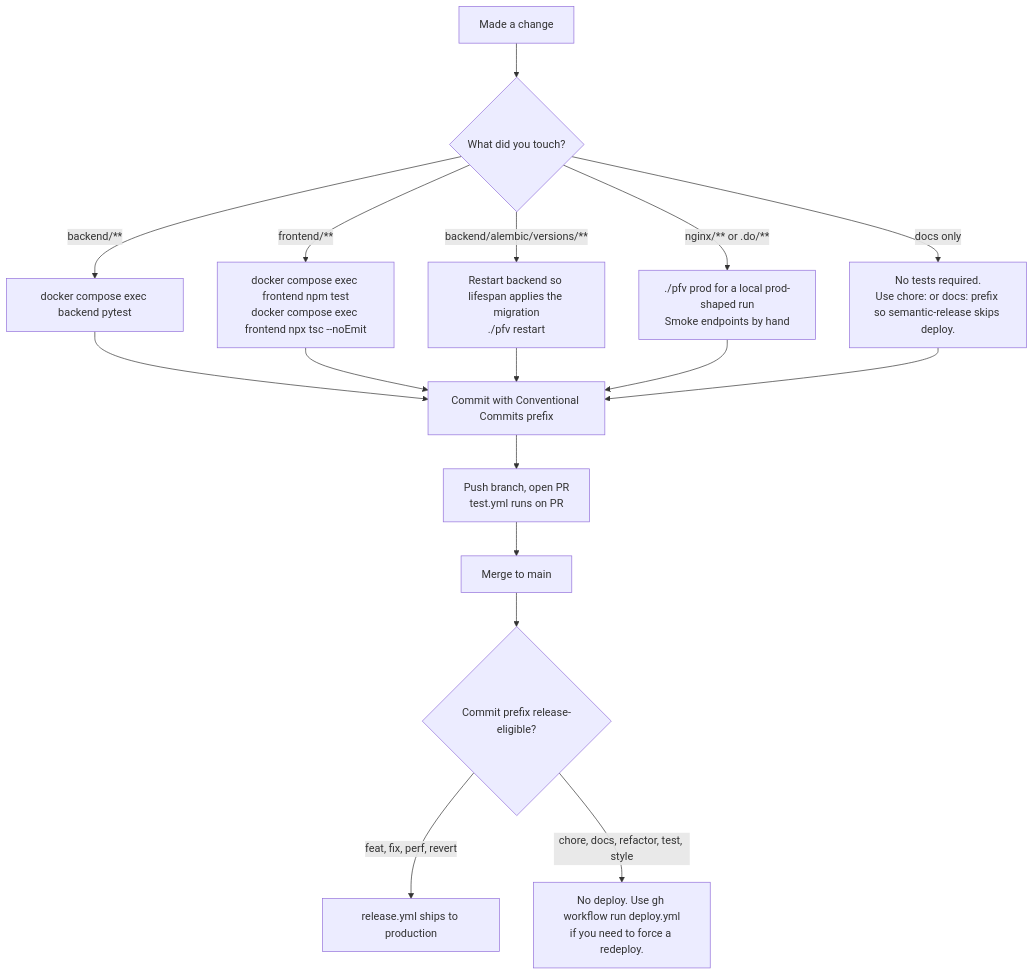
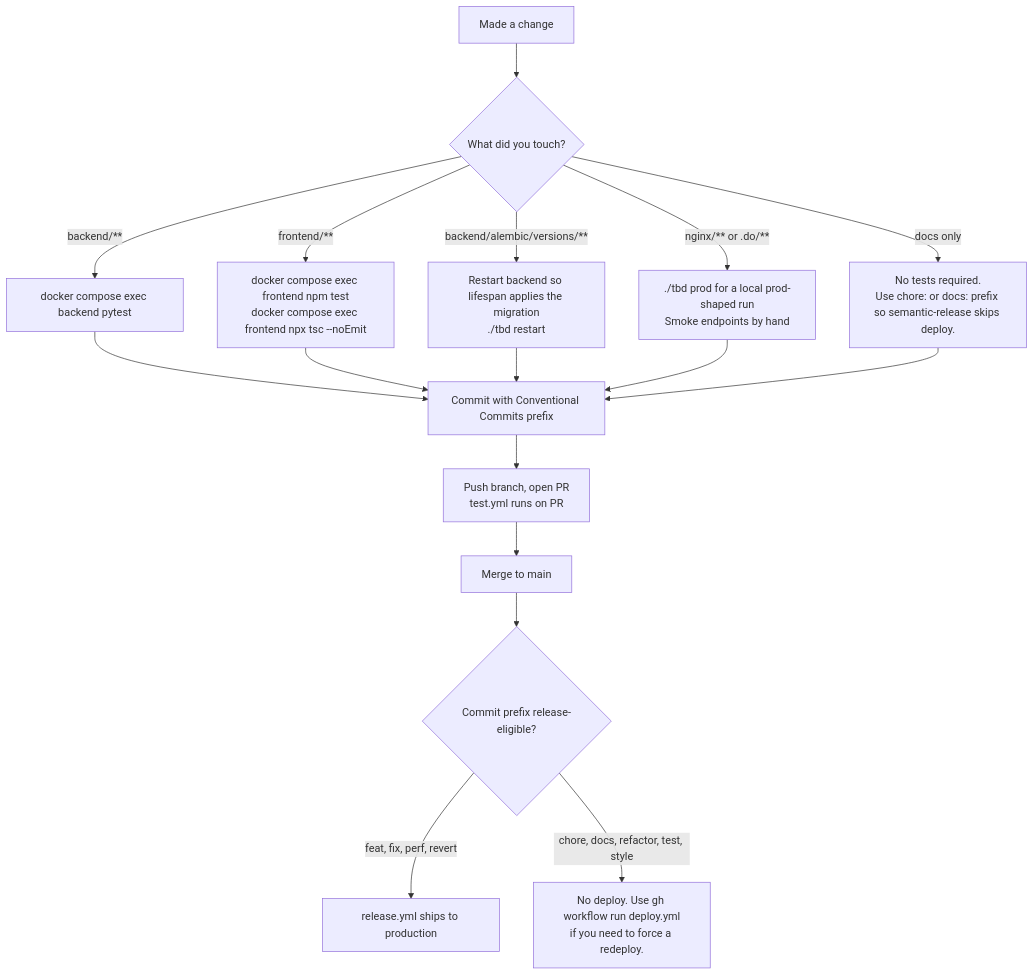
Before and after one commit to fjcloudaiconsulting/tbd: the diagram in CONTRIBUTING.md, drawn with Mermaid. The commit also changed other lines of this file and 22 other files, not shown here.

First line of the commit message:
chore(devex): rename the ./pfv dev CLI to ./tbd (TBD-572) (#800)

````diff
--- a/CONTRIBUTING.md
+++ b/CONTRIBUTING.md
@@ -51,19 +51,19 @@
 ```mermaid
 flowchart TD
     A[Made a change] --> B{What did you touch?}
     B -->|backend/**| C[docker compose exec backend pytest]
     B -->|frontend/**| D[docker compose exec frontend npm test<br/>docker compose exec frontend npx tsc --noEmit]
-    B -->|backend/alembic/versions/**| E[Restart backend so lifespan applies the migration<br/>./pfv restart]
-    B -->|nginx/** or .do/**| F[./pfv prod for a local prod-shaped run<br/>Smoke endpoints by hand]
+    B -->|backend/alembic/versions/**| E[Restart backend so lifespan applies the migration<br/>./tbd restart]
+    B -->|nginx/** or .do/**| F[./tbd prod for a local prod-shaped run<br/>Smoke endpoints by hand]
     B -->|docs only| G[No tests required.<br/>Use chore: or docs: prefix so semantic-release skips deploy.]
     C --> H[Commit with Conventional Commits prefix]
     D --> H
     E --> H
     F --> H
     G --> H
     H --> I[Push branch, open PR<br/>test.yml runs on PR]
     I --> J[Merge to main]
     J --> K{Commit prefix release-eligible?}
     K -->|feat, fix, perf, revert| L[release.yml ships to production]
     K -->|chore, docs, refactor, test, style| M[No deploy. Use gh workflow run deploy.yml<br/>if you need to force a redeploy.]
 ```
````
